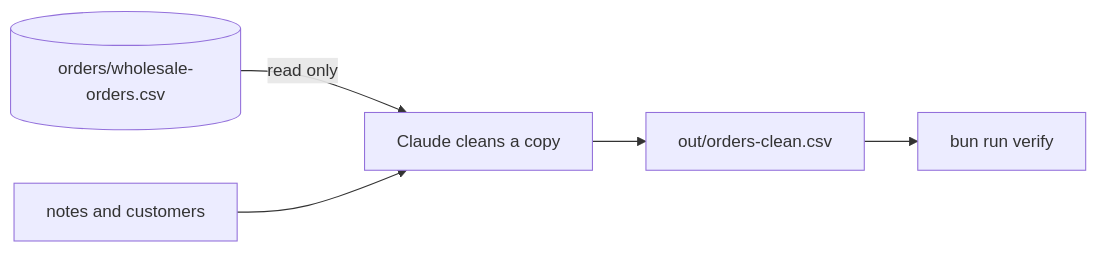
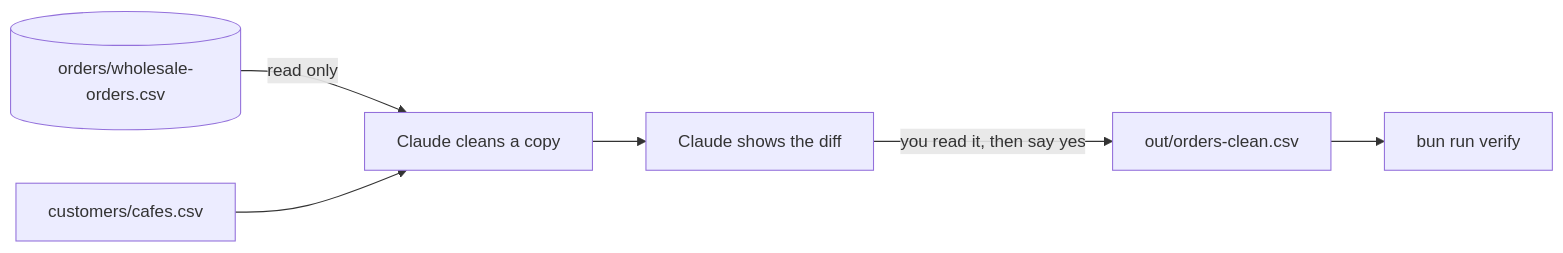
One commit to learnwithparam/claude-code-for-everyone changed the diagram in parts/01-make-claude-ask-first/03-clean-the-orders/problem/README.md. Above: the diagram before and after it, drawn with Mermaid. The commit also changed other lines of this file and 573 other files, not shown here.

````diff
--- a/parts/01-make-claude-ask-first/03-clean-the-orders/problem/README.md
+++ b/parts/01-make-claude-ask-first/03-clean-the-orders/problem/README.md
@@ -11,7 +7,8 @@
 ```mermaid
 flowchart LR
   O[(orders/wholesale-orders.csv)] -->|read only| C[Claude cleans a copy]
-  N[notes and customers] --> C
-  C --> K[out/orders-clean.csv]
+  N[customers/cafes.csv] --> C
+  C --> D[Claude shows the diff]
+  D -->|you read it, then say yes| K[out/orders-clean.csv]
   K --> V[bun run verify]
 ```
````
